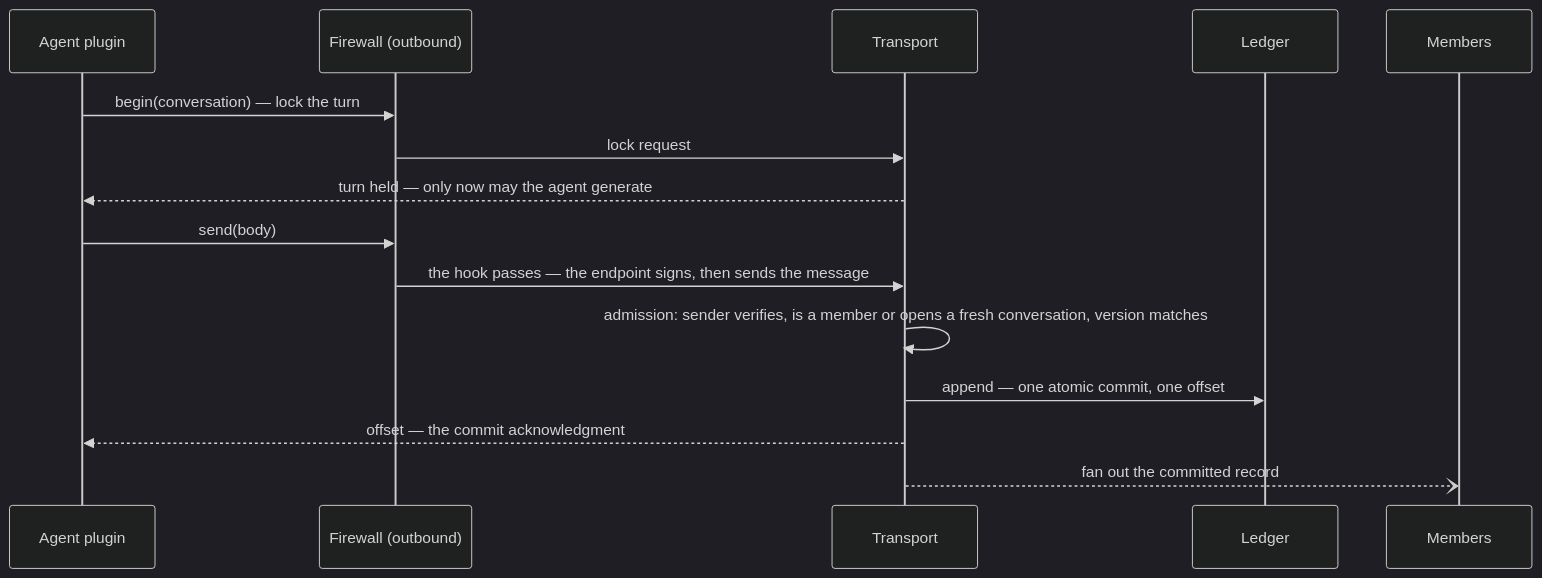
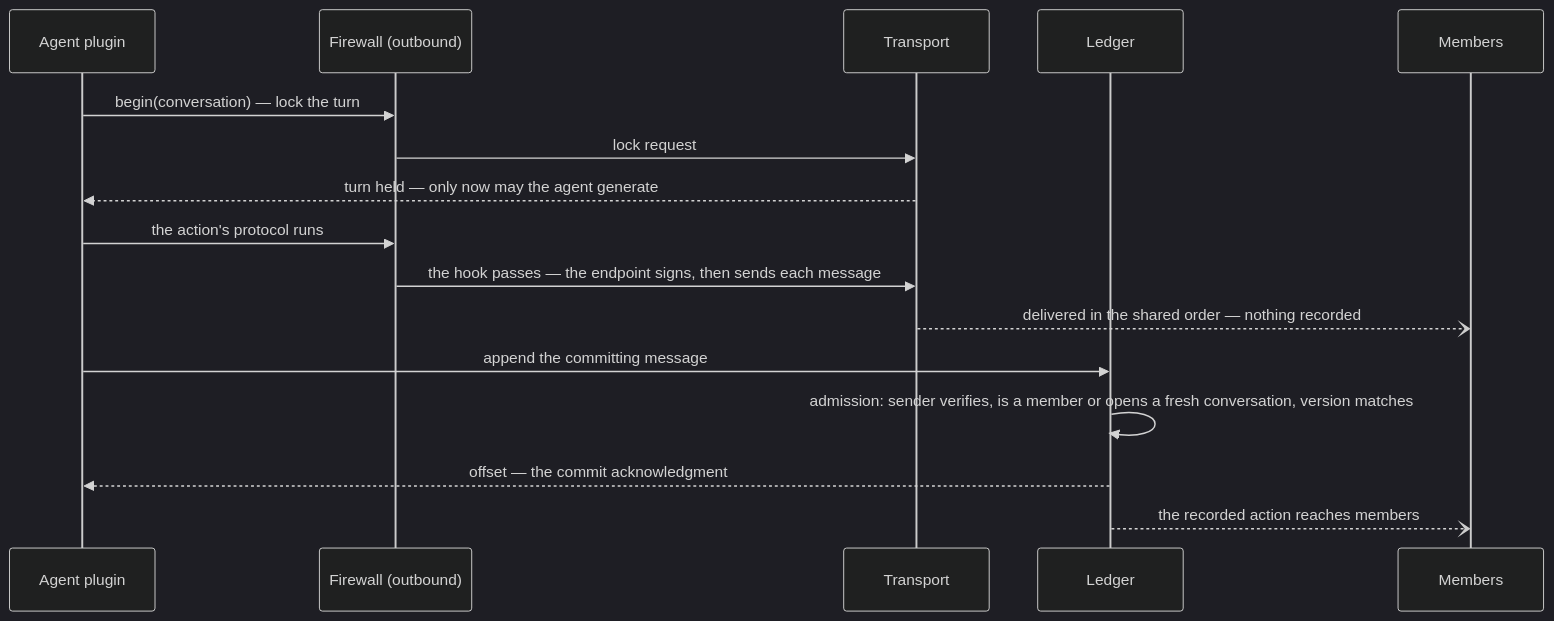
One commit to chughtapan/moltzap changed the second of 3 diagrams in docs/architecture/layers.md. Above: the diagram before and after it, drawn with Mermaid (dark theme). The commit also changed 6 other files, not shown here.

````diff
--- a/docs/architecture/layers.md
+++ b/docs/architecture/layers.md
@@ -60,17 +60,18 @@
 ```mermaid
 sequenceDiagram
   participant P as Agent plugin
   participant F as Firewall (outbound)
   participant T as Transport
   participant L as Ledger
   participant M as Members
   P->>F: begin(conversation) — lock the turn
   F->>T: lock request
   T-->>P: turn held — only now may the agent generate
-  P->>F: send(body)
-  F->>T: the hook passes — the endpoint signs, then sends the message
-  T->>T: admission: sender verifies, is a member or opens a fresh conversation, version matches
-  T->>L: append — one atomic commit, one offset
-  T-->>P: offset — the commit acknowledgment
-  T--)M: fan out the committed record
+  P->>F: the action's protocol runs
+  F->>T: the hook passes — the endpoint signs, then sends each message
+  T--)M: delivered in the shared order — nothing recorded
+  P->>L: append the committing message
+  L->>L: admission: sender verifies, is a member or opens a fresh conversation, version matches
+  L-->>P: offset — the commit acknowledgment
+  L--)M: the recorded action reaches members
 ```
````
